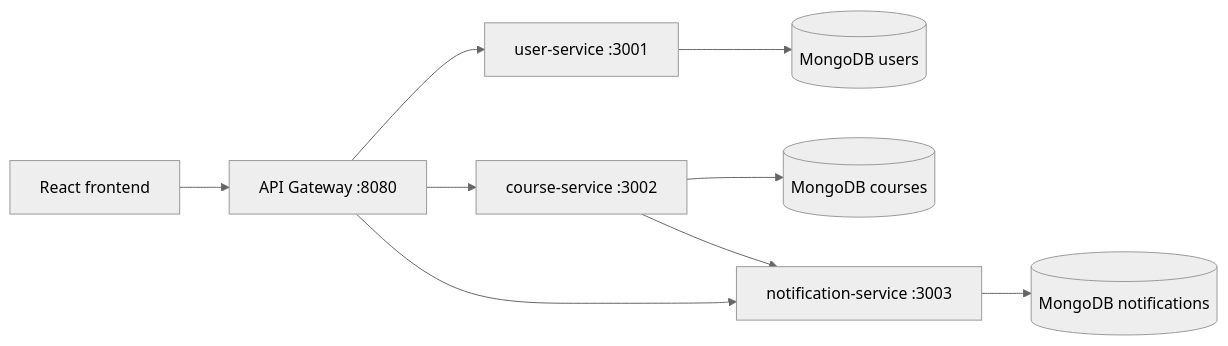
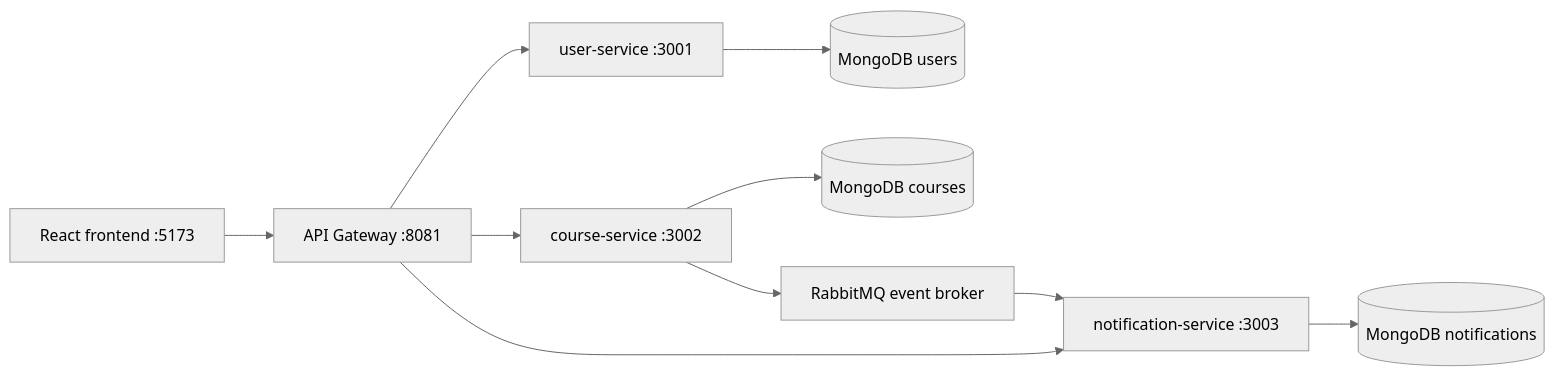
Before and after one commit to SownBanana/VDTMicroserviceDemo: the diagram in docs/architecture.md, drawn with Mermaid (neutral theme). The commit also changed other lines of this file and 9 other files, not shown here.

````diff
--- a/docs/architecture.md
+++ b/docs/architecture.md
@@ -3,11 +3,12 @@
 ```mermaid
 flowchart LR
-  Browser["React frontend"] --> Gateway["API Gateway :8080"]
+  Browser["React frontend :5173"] --> Gateway["API Gateway :8081"]
   Gateway --> UserService["user-service :3001"]
   Gateway --> CourseService["course-service :3002"]
   Gateway --> NotificationService["notification-service :3003"]
   UserService --> UserDb[("MongoDB users")]
   CourseService --> CourseDb[("MongoDB courses")]
   NotificationService --> NotificationDb[("MongoDB notifications")]
-  CourseService --> NotificationService
+  CourseService --> RabbitMQ["RabbitMQ event broker"]
+  RabbitMQ --> NotificationService
 ```
````
